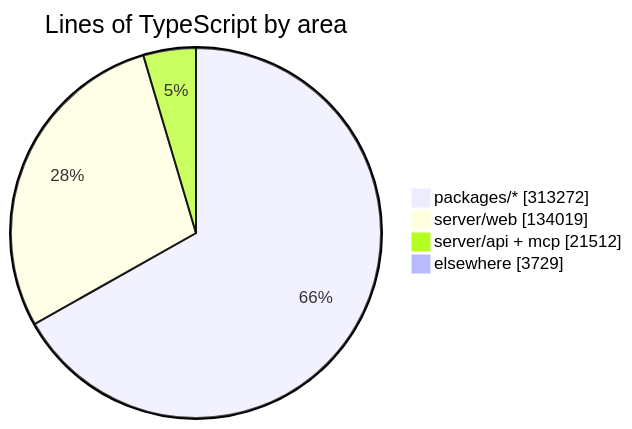
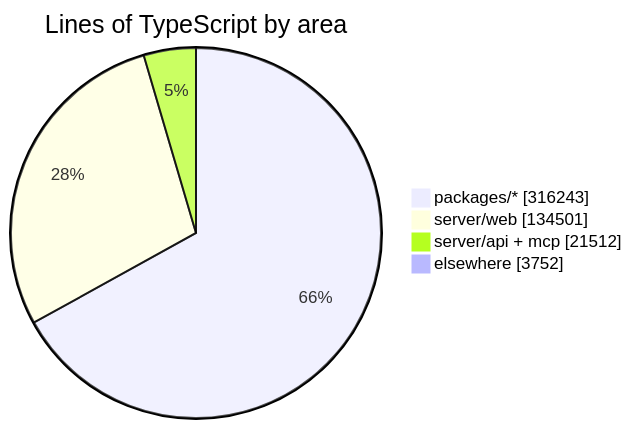
The diagram in README.md (crossworks-engineering/mantle), drawn with Mermaid before and after one commit. The commit also changed other lines of this file and 2 other files, not shown here.

````diff
--- a/README.md
+++ b/README.md
@@ -294,7 +294,7 @@
 ```mermaid
 pie showData title Lines of TypeScript by area
-    "packages/*" : 313272
-    "server/web" : 134019
+    "packages/*" : 316243
+    "server/web" : 134501
     "server/api + mcp" : 21512
-    "elsewhere" : 3729
+    "elsewhere" : 3752
 ```
````
